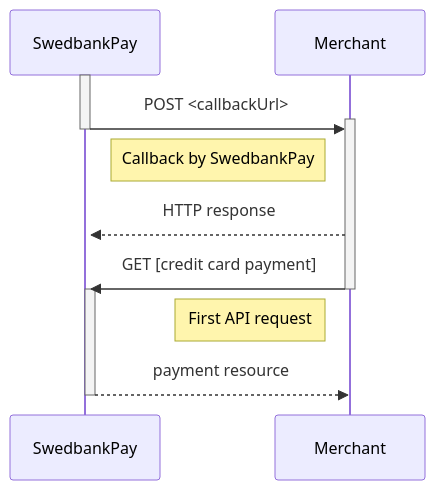
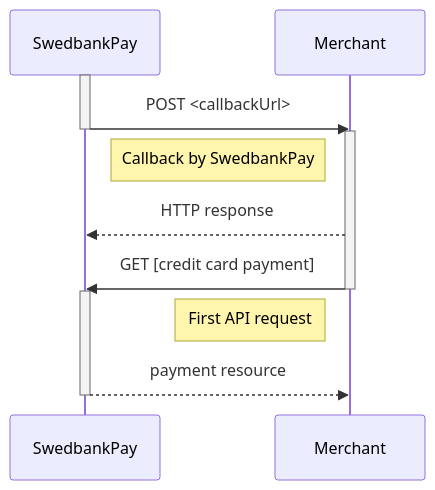
One commit to SwedbankPay/developer.swedbankpay.com changed the fourth of 4 diagrams in payments/card/after-payment.md. Above: the diagram before and after it, drawn with Mermaid. The commit also changed other lines of this file and 1 other file, not shown here.

Commit message:
DX-427 Removed sections for mobile apps, payout and direct card. Header levels reorganized. Rewriting transaction sections.

````diff
--- a/payments/card/after-payment.md
+++ b/payments/card/after-payment.md
@@ -609,13 +619,12 @@
 ```mermaid
 sequenceDiagram
   activate SwedbankPay
-  SwedbankPay->>+Merchant: POST <callbackUrl>
-  deactivate SwedbankPay
+  SwedbankPay->>-Merchant: POST <callbackUrl>
+  activate Merchant
   note left of Merchant: Callback by SwedbankPay
-  Merchant-->>+SwedbankPay: HTTP response
-  Merchant->>+SwedbankPay: GET [credit card payment]
-  deactivate Merchant
+  Merchant-->>SwedbankPay: HTTP response
+  Merchant->>-SwedbankPay: GET [credit card payment]
+  activate SwedbankPay
   note left of Merchant: First API request
-  SwedbankPay-->>Merchant: payment resource
-  deactivate SwedbankPay
+  SwedbankPay-->>-Merchant: payment resource
 ```
````
